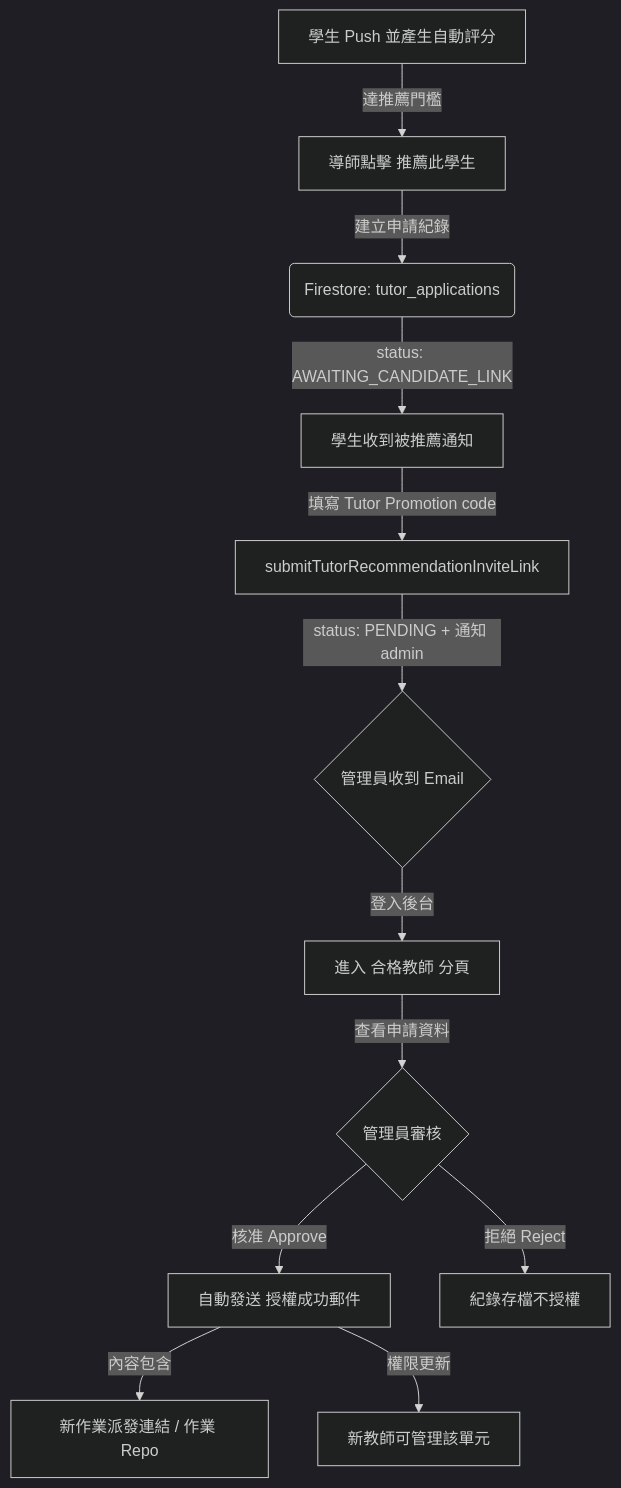
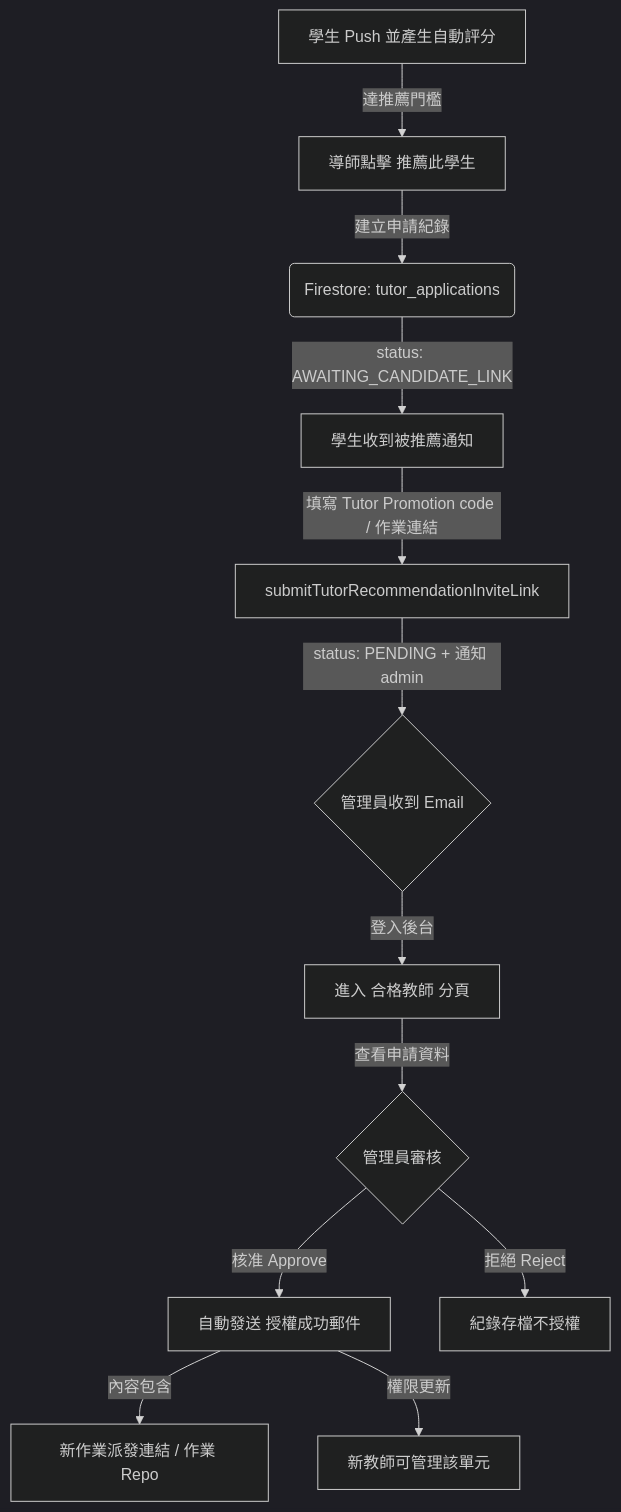
The diagram in docs/tutor-management-mvp.md (vibe-coding-tw/e-learning), drawn with Mermaid (dark theme) before and after one commit. The commit also changed other lines of this file and 62 other files, not shown here.

Commit message:
Update learning path and bilingual course flows

````diff
--- a/docs/tutor-management-mvp.md
+++ b/docs/tutor-management-mvp.md
@@ -8,14 +8,14 @@
 ```mermaid
 graph TD
     A[學生 Push 並產生自動評分] -->|達推薦門檻| B[導師點擊 推薦此學生]
     B -->|建立申請紀錄| C(Firestore: tutor_applications)
     C -->|status: AWAITING_CANDIDATE_LINK| C1[學生收到被推薦通知]
-    C1 -->|填寫 Tutor Promotion code| C2[submitTutorRecommendationInviteLink]
+    C1 -->|填寫 Tutor Promotion code / 作業連結| C2[submitTutorRecommendationInviteLink]
     C2 -->|status: PENDING + 通知 admin| D{管理員收到 Email}
     D -->|登入後台| E[進入 合格教師 分頁]
     E -->|查看申請資料| F{管理員審核}
     F -->|核准 Approve| G[自動發送 授權成功郵件]
     F -->|拒絕 Reject| H[紀錄存檔不授權]
     G -->|內容包含| I[新作業派發連結 / 作業 Repo]
     G -->|權限更新| J[新教師可管理該單元]
 ```
````
